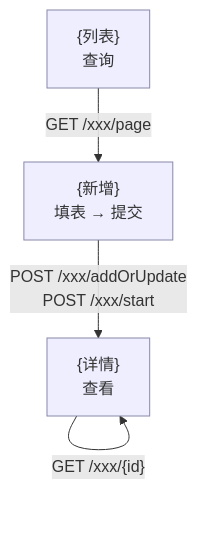
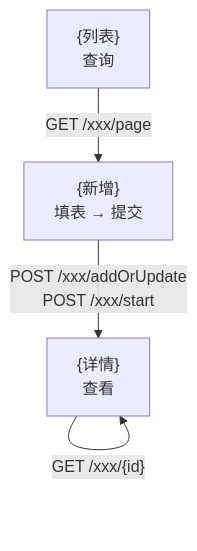
Before and after one commit to yideng2021/delivery-skills: the diagram in runtime-capture-wf/runtime-flow-mapper-skill/templates/flow-map.md, drawn with Mermaid. The commit also changed other lines of this file and 6 other files, not shown here.

````diff
--- a/runtime-capture-wf/runtime-flow-mapper-skill/templates/flow-map.md
+++ b/runtime-capture-wf/runtime-flow-mapper-skill/templates/flow-map.md
@@ -67,13 +68,10 @@
 ```mermaid
 flowchart TD
     s1["{列表}<br/>查询"]
     s2["{新增}<br/>填表 → 提交"]
     s3["{详情}<br/>查看"]
 
     s1 -->|"GET /xxx/page"| s2
     s2 -->|"POST /xxx/addOrUpdate<br/>POST /xxx/start"| s3
     s3 -->|"GET /xxx/{id}"| s3
-
-    classDef screen fill:#eef,stroke:#88a;
-    class s1,s2,s3 screen;
 ```
````
